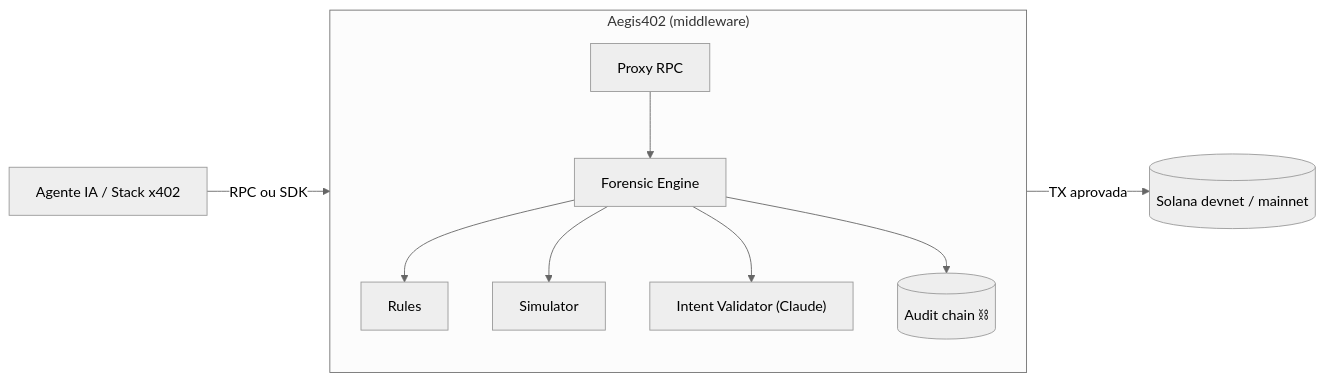
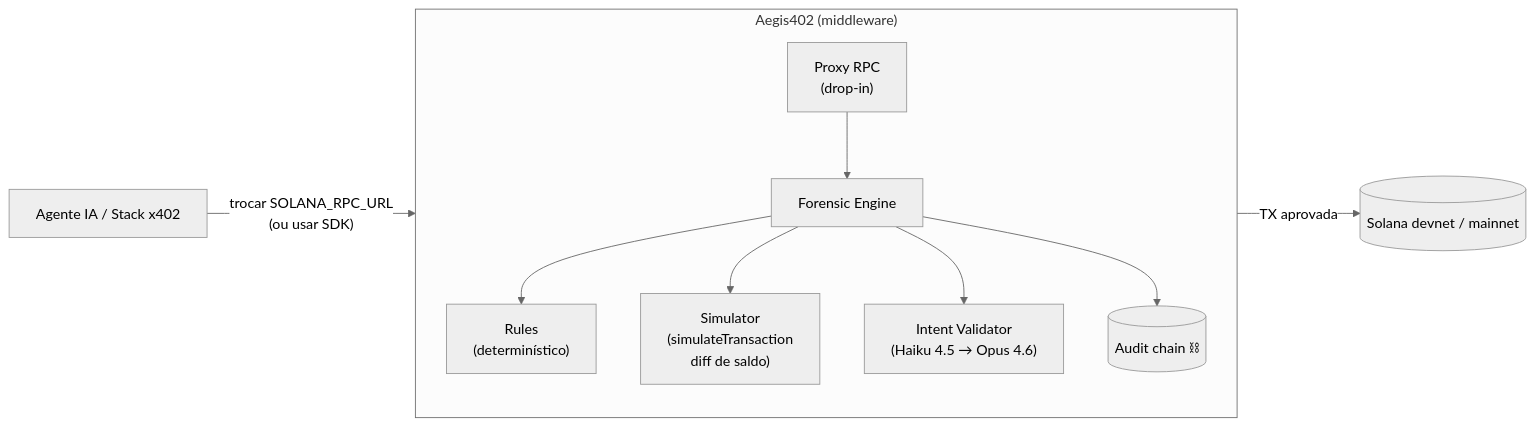
Before and after one commit to mvcavalheirojr/aegis402: the diagram in README.pt-BR.md, drawn with Mermaid (neutral theme). The commit also changed other lines of this file and 3 other files, not shown here.

First line of the commit message:
docs: sharpen latency, simulateTransaction and drop-in RPC pitch

````diff
--- a/README.pt-BR.md
+++ b/README.pt-BR.md
@@ -52,13 +54,13 @@
 ```mermaid
 flowchart LR
-    A["Agente IA / Stack x402"] -->|"RPC ou SDK"| P
+    A["Agente IA / Stack x402"] -->|"trocar SOLANA_RPC_URL<br/>(ou usar SDK)"| P
     subgraph AEGIS["Aegis402 (middleware)"]
         direction TB
-        P["Proxy RPC"] --> E["Forensic Engine"]
-        E --> R["Rules"]
-        E --> S["Simulator"]
-        E --> I["Intent Validator (Claude)"]
+        P["Proxy RPC<br/>(drop-in)"] --> E["Forensic Engine"]
+        E --> R["Rules<br/>(determinístico)"]
+        E --> S["Simulator<br/>(simulateTransaction<br/>diff de saldo)"]
+        E --> I["Intent Validator<br/>(Haiku 4.5 → Opus 4.6)"]
         E --> AU[("Audit chain ⛓")]
     end
     P -->|"TX aprovada"| SOL[("Solana devnet / mainnet")]
 ```
````
